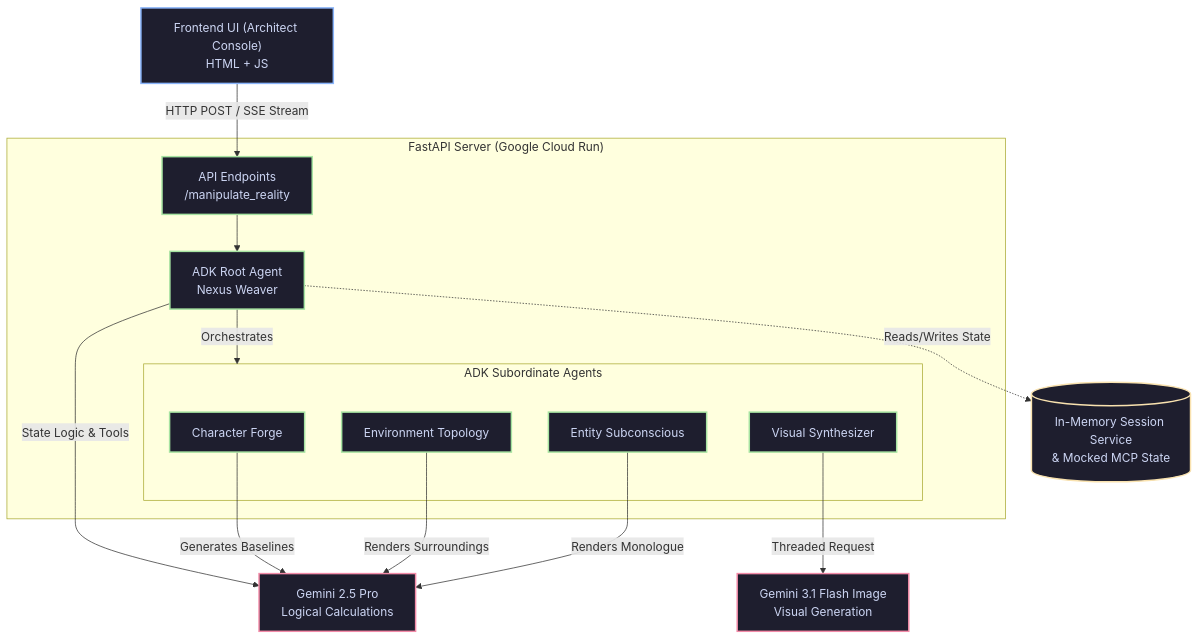
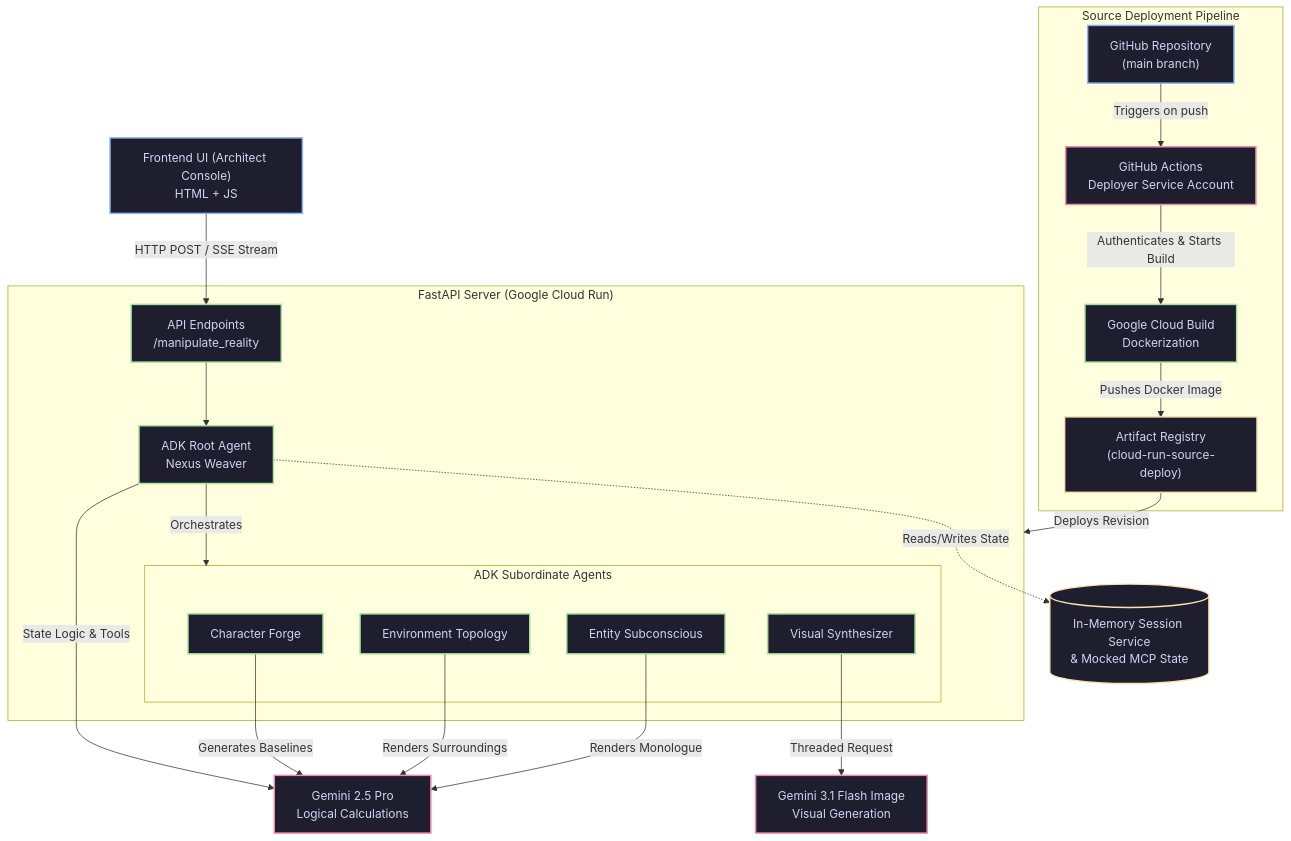
Before and after one commit to Unisvet/ontosurge-nexus: the diagram in architecture-diagram.md, drawn with Mermaid.

Commit message:
docs: add GitHub Actions continuous deployment pipeline to architecture diagram

````diff
--- a/architecture-diagram.md
+++ b/architecture-diagram.md
@@ -5,43 +5,56 @@
 ```mermaid
 graph TD
     %% Styling
     classDef client fill:#1e1e2e,stroke:#89b4fa,stroke-width:2px,color:#cdd6f4
     classDef backend fill:#1e1e2e,stroke:#a6e3a1,stroke-width:2px,color:#cdd6f4
     classDef gemini fill:#1e1e2e,stroke:#f38ba8,stroke-width:2px,color:#cdd6f4
     classDef db fill:#1e1e2e,stroke:#f9e2af,stroke-width:2px,color:#cdd6f4
 
     Client["Frontend UI (Architect Console)<br/>HTML + JS"]:::client
 
     subgraph Backend ["FastAPI Server (Google Cloud Run)"]
         API["API Endpoints<br/>/manipulate_reality"]:::backend
         Orchestrator["ADK Root Agent<br/>Nexus Weaver"]:::backend
         
         subgraph Sub_Agents ["ADK Subordinate Agents"]
             Creator["Character Forge"]:::backend
             EnvRenderer["Environment Topology"]:::backend
             CharRenderer["Entity Subconscious"]:::backend
             ImgAgent["Visual Synthesizer"]:::backend
         end
     end
 
     %% External Services
     LLM_Pro["Gemini 2.5 Pro<br/>Logical Calculations"]:::gemini
     LLM_Flash["Gemini 3.1 Flash Image<br/>Visual Generation"]:::gemini
     
     %% Storage
     MockDB[("In-Memory Session Service<br/>& Mocked MCP State")]:::db
 
+    subgraph CD ["Source Deployment Pipeline"]
+        GH["GitHub Repository<br/>(main branch)"]:::client
+        Actions["GitHub Actions<br/>Deployer Service Account"]:::gemini
+        CloudBuild["Google Cloud Build<br/>Dockerization"]:::backend
+        Artifacts["Artifact Registry<br/>(cloud-run-source-deploy)"]:::db
+    end
+
     %% Connections
     Client -- "HTTP POST / SSE Stream" --> API
     API --> Orchestrator
     
     Orchestrator -- "State Logic & Tools" --> LLM_Pro
     Orchestrator -- "Orchestrates" --> Sub_Agents
     Orchestrator -. "Reads/Writes State" .-> MockDB
     
     Creator -- "Generates Baselines" --> LLM_Pro
     EnvRenderer -- "Renders Surroundings" --> LLM_Pro
     CharRenderer -- "Renders Monologue" --> LLM_Pro
     
     ImgAgent -- "Threaded Request" --> LLM_Flash
+
+    %% Deployment Connections
+    GH -- "Triggers on push" --> Actions
+    Actions -- "Authenticates & Starts Build" --> CloudBuild
+    CloudBuild -- "Pushes Docker Image" --> Artifacts
+    Artifacts -- "Deploys Revision" --> Backend
 ```
````
